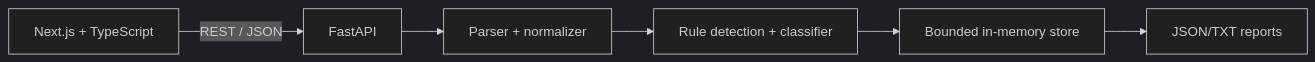
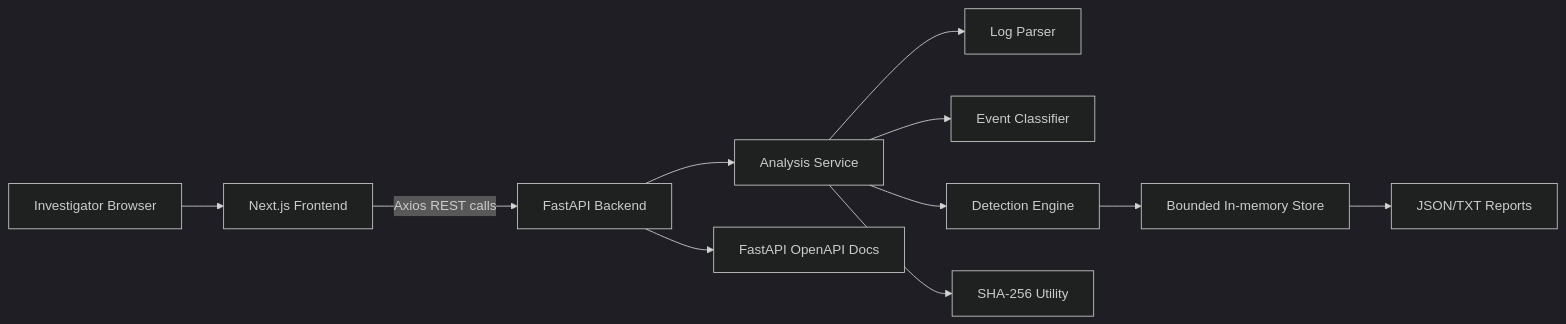
The first of 2 diagrams in README.md (Vedant221005/loggaurd---csdf-mp), drawn with Mermaid (dark theme) before and after one commit. The commit also changed other lines of this file and 5 other files, not shown here.

````diff
--- a/README.md
+++ b/README.md
@@ -11,8 +85,13 @@
 ```mermaid
 flowchart LR
-  UI[Next.js + TypeScript] -->|REST / JSON| API[FastAPI]
-  API --> Parser[Parser + normalizer]
-  Parser --> Rules[Rule detection + classifier]
-  Rules --> Store[Bounded in-memory store]
-  Store --> Reports[JSON/TXT reports]
+  Browser[Investigator Browser] --> Next[Next.js Frontend]
+  Next -->|Axios REST calls| API[FastAPI Backend]
+  API --> Service[Analysis Service]
+  Service --> Parser[Log Parser]
+  Service --> Classifier[Event Classifier]
+  Service --> Detector[Detection Engine]
+  Service --> Hash[SHA-256 Utility]
+  Detector --> Store[Bounded In-memory Store]
+  Store --> Reports[JSON/TXT Reports]
+  API --> Docs[FastAPI OpenAPI Docs]
 ```
````
